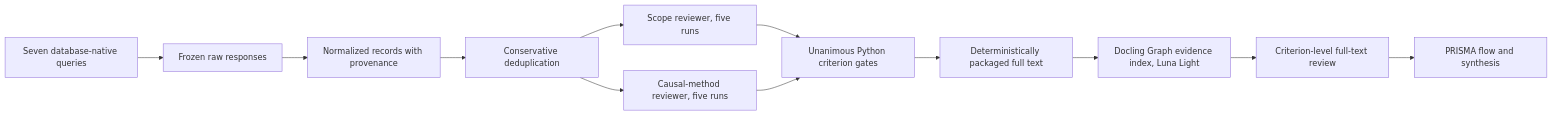
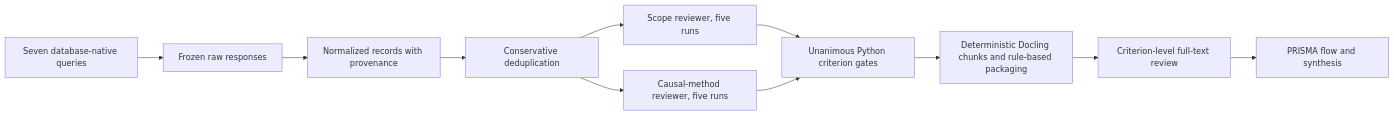
The diagram in README.md (BogdanDidenko/causal-multiomics-aging-review), drawn with Mermaid before and after one commit. The commit also changed other lines of this file and 5 other files, not shown here.

Commit message:
Remove model ranking from full-text packaging

````diff
--- a/README.md
+++ b/README.md
@@ -74,14 +80,13 @@
 ```mermaid
 flowchart LR
   A["Seven database-native queries"] --> B["Frozen raw responses"]
   B --> C["Normalized records with provenance"]
   C --> D["Conservative deduplication"]
   D --> E["Scope reviewer, five runs"]
   D --> F["Causal-method reviewer, five runs"]
   E --> I["Unanimous Python criterion gates"]
   F --> I
-  I --> K["Deterministically packaged full text"]
-  K --> G["Docling Graph evidence index, Luna Light"]
-  G --> L["Criterion-level full-text review"]
+  I --> K["Deterministic Docling chunks and rule-based packaging"]
+  K --> L["Criterion-level full-text review"]
   L --> M["PRISMA flow and synthesis"]
 ```
````
